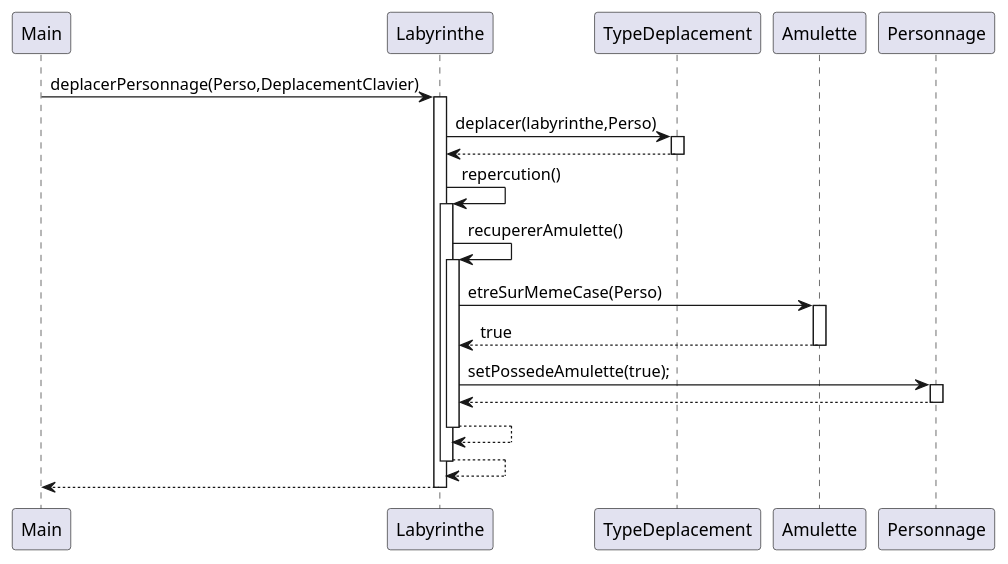
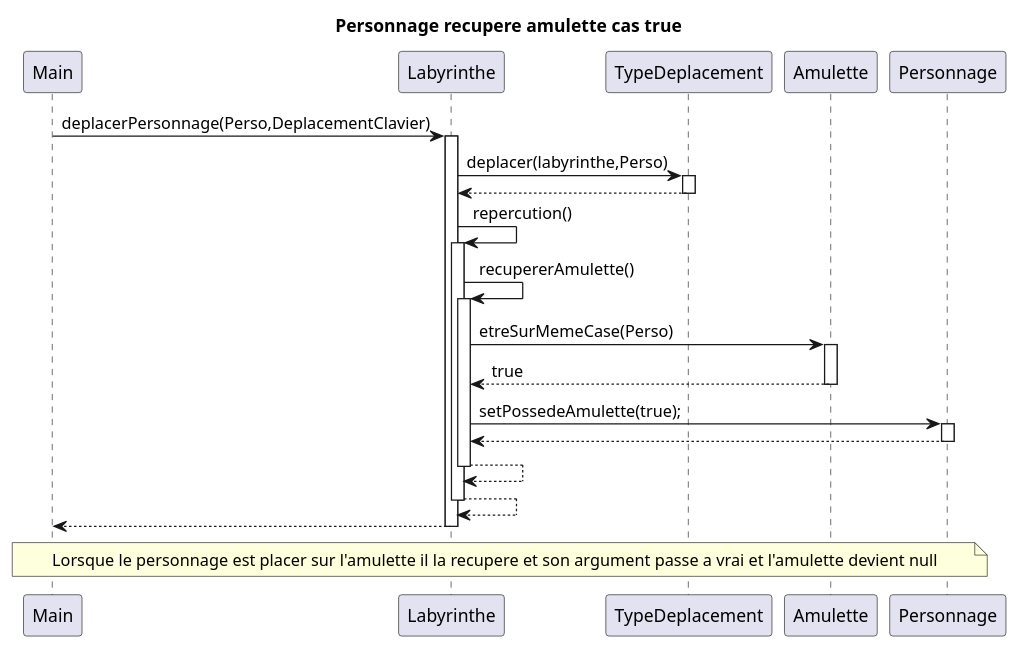
The diagram in zeldiablo/documents/version_5/diagseq_recupererAmuletteTrue.puml (LukaSalvo/SAE2024), drawn with PlantUML before and after one commit. The commit also changed 5 other files, not shown here.

```diff
--- a/zeldiablo/documents/version_5/diagseq_recupererAmuletteTrue.puml
+++ b/zeldiablo/documents/version_5/diagseq_recupererAmuletteTrue.puml
@@ -1,27 +1,31 @@
 @startuml
 participant Main
+title : Personnage recupere amulette cas true
 Main -> Labyrinthe : deplacerPersonnage(Perso,DeplacementClavier)
 activate Labyrinthe
 Labyrinthe -> TypeDeplacement : deplacer(labyrinthe,Perso)
 activate TypeDeplacement
 TypeDeplacement --> Labyrinthe
 deactivate TypeDeplacement
 Labyrinthe -> Labyrinthe : repercution()
 activate Labyrinthe
 Labyrinthe -> Labyrinthe : recupererAmulette()
 activate Labyrinthe
 
 Labyrinthe -> Amulette : etreSurMemeCase(Perso)
 activate Amulette
 Amulette --> Labyrinthe : true
 deactivate Amulette
 Labyrinthe -> Personnage : setPossedeAmulette(true);
 activate Personnage
 Personnage --> Labyrinthe
 deactivate Personnage
 Labyrinthe --> Labyrinthe
 deactivate Labyrinthe
 Labyrinthe --> Labyrinthe
 deactivate Labyrinthe
 return
+note across
+Lorsque le personnage est placer sur l'amulette il la recupere et son argument passe a vrai et l'amulette devient null
+end note
 @enduml
```
